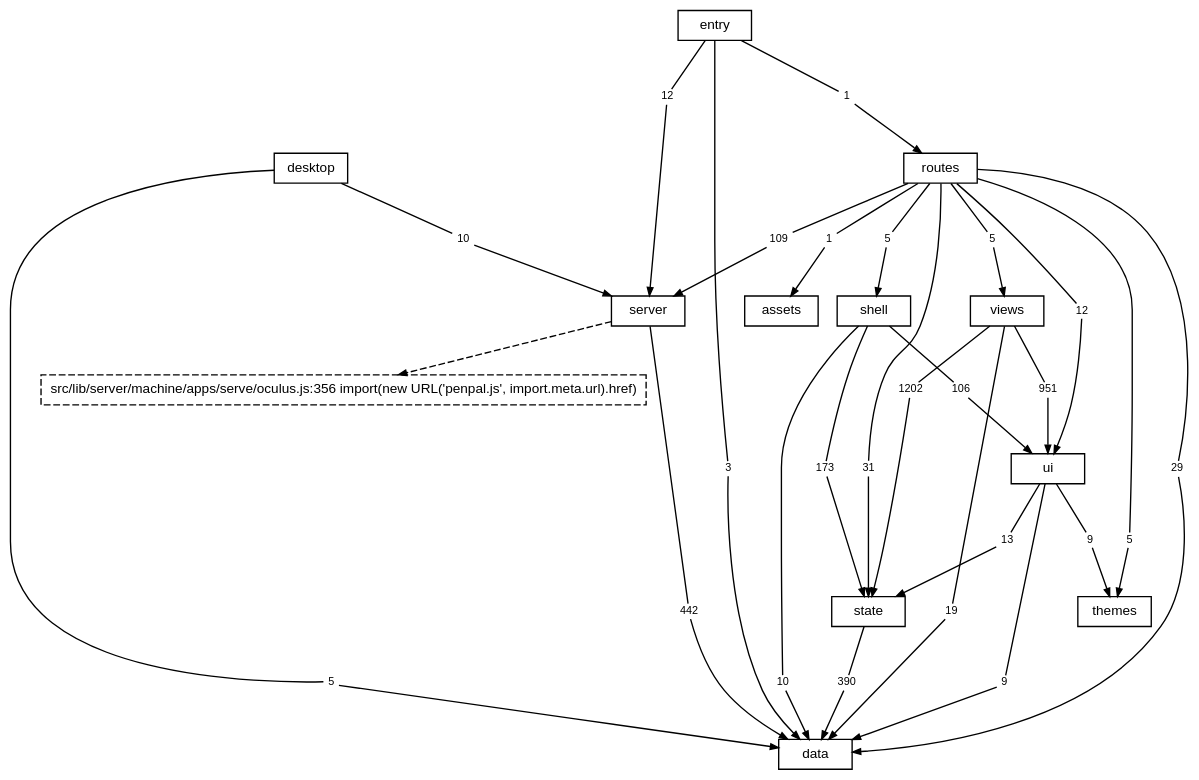
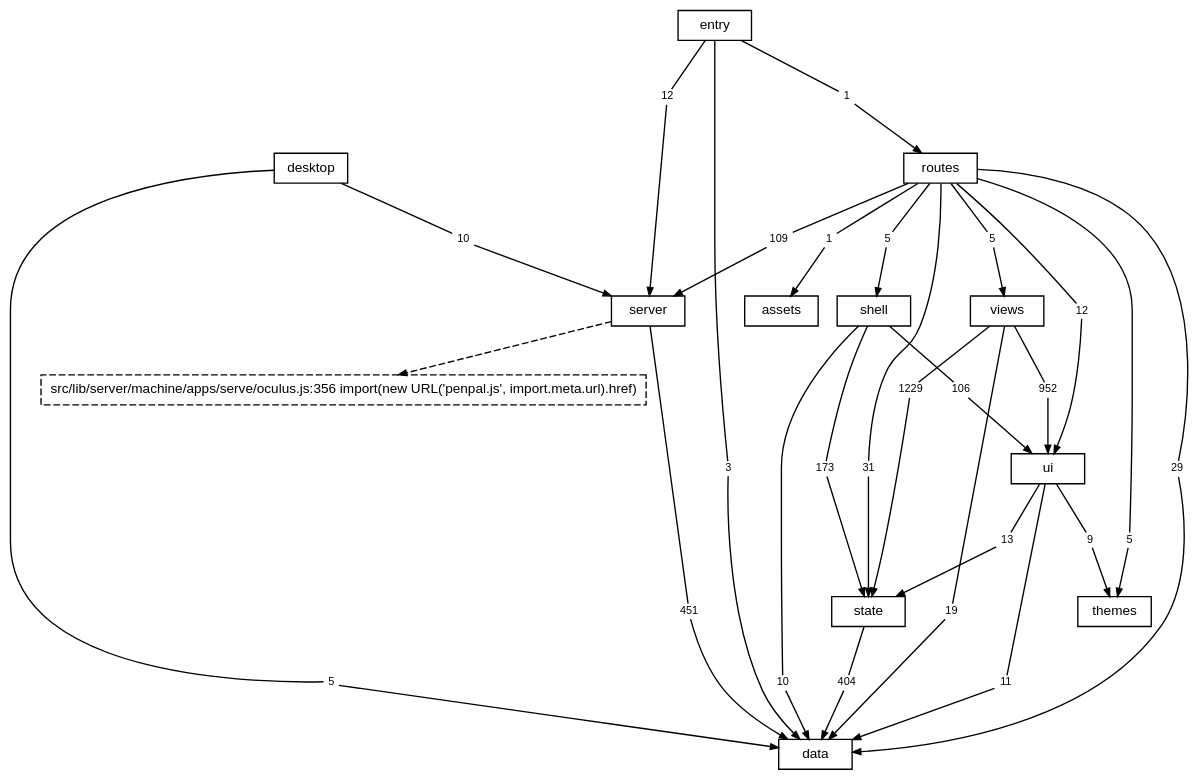
One commit to TheAxeC/oculus changed the diagram in docs/diagrams/layers.dot. Above: the diagram before and after it, drawn with Graphviz. The commit also changed 162 other files, not shown here.

```diff
--- a/docs/diagrams/layers.dot
+++ b/docs/diagrams/layers.dot
@@ -1,90 +1,90 @@
 digraph layers {
     graph [bgcolor="transparent", rankdir=TB, newrank=true, fontname="Helvetica,Arial,sans-serif", fontsize=12, nodesep=0.2, ranksep=0.5];
     node [shape=box, color="black", fontcolor="black", fontname="Helvetica,Arial,sans-serif", fontsize=10, height=0.3, margin="0.12,0.04"];
     edge [color="black", fontcolor="black", fontname="Helvetica,Arial,sans-serif", fontsize=8, arrowsize=0.6];
     "data";
     "server";
     "state";
     "ui";
     "shell";
     "views";
     "themes";
     "routes";
     "desktop";
     "src" [label="entry"];
     "files: assets" [label="assets"];
     "? src/lib/server/machine/apps/serve/oculus.js:356" [label="src/lib/server/machine/apps/serve/oculus.js:356 import(new URL('penpal.js', import.meta.url).href)", style=dashed];
     "desktop to data" [label="5", shape=box, color="transparent", fontsize=8, width=0, height=0, margin="0.04,0.02"];
     "desktop" -> "desktop to data" [arrowhead=none];
     "desktop to data" -> "data" [];
     "desktop to server" [label="10", shape=box, color="transparent", fontsize=8, width=0, height=0, margin="0.04,0.02"];
     "desktop" -> "desktop to server" [arrowhead=none];
     "desktop to server" -> "server" [];
     "routes to data" [label="29", shape=box, color="transparent", fontsize=8, width=0, height=0, margin="0.04,0.02"];
     "routes" -> "routes to data" [arrowhead=none];
     "routes to data" -> "data" [];
     "routes to files: assets" [label="1", shape=box, color="transparent", fontsize=8, width=0, height=0, margin="0.04,0.02"];
     "routes" -> "routes to files: assets" [arrowhead=none];
     "routes to files: assets" -> "files: assets" [];
     "routes to server" [label="109", shape=box, color="transparent", fontsize=8, width=0, height=0, margin="0.04,0.02"];
     "routes" -> "routes to server" [arrowhead=none];
     "routes to server" -> "server" [];
     "routes to shell" [label="5", shape=box, color="transparent", fontsize=8, width=0, height=0, margin="0.04,0.02"];
     "routes" -> "routes to shell" [arrowhead=none];
     "routes to shell" -> "shell" [];
     "routes to state" [label="31", shape=box, color="transparent", fontsize=8, width=0, height=0, margin="0.04,0.02"];
     "routes" -> "routes to state" [arrowhead=none];
     "routes to state" -> "state" [];
     "routes to themes" [label="5", shape=box, color="transparent", fontsize=8, width=0, height=0, margin="0.04,0.02"];
     "routes" -> "routes to themes" [arrowhead=none];
     "routes to themes" -> "themes" [];
     "routes to ui" [label="12", shape=box, color="transparent", fontsize=8, width=0, height=0, margin="0.04,0.02"];
     "routes" -> "routes to ui" [arrowhead=none];
     "routes to ui" -> "ui" [];
     "routes to views" [label="5", shape=box, color="transparent", fontsize=8, width=0, height=0, margin="0.04,0.02"];
     "routes" -> "routes to views" [arrowhead=none];
     "routes to views" -> "views" [];
-    "server to data" [label="442", shape=box, color="transparent", fontsize=8, width=0, height=0, margin="0.04,0.02"];
+    "server to data" [label="451", shape=box, color="transparent", fontsize=8, width=0, height=0, margin="0.04,0.02"];
     "server" -> "server to data" [arrowhead=none];
     "server to data" -> "data" [];
     "shell to data" [label="10", shape=box, color="transparent", fontsize=8, width=0, height=0, margin="0.04,0.02"];
     "shell" -> "shell to data" [arrowhead=none];
     "shell to data" -> "data" [];
     "shell to state" [label="173", shape=box, color="transparent", fontsize=8, width=0, height=0, margin="0.04,0.02"];
     "shell" -> "shell to state" [arrowhead=none];
     "shell to state" -> "state" [];
     "shell to ui" [label="106", shape=box, color="transparent", fontsize=8, width=0, height=0, margin="0.04,0.02"];
     "shell" -> "shell to ui" [arrowhead=none];
     "shell to ui" -> "ui" [];
     "src to data" [label="3", shape=box, color="transparent", fontsize=8, width=0, height=0, margin="0.04,0.02"];
     "src" -> "src to data" [arrowhead=none];
     "src to data" -> "data" [];
     "src to routes" [label="1", shape=box, color="transparent", fontsize=8, width=0, height=0, margin="0.04,0.02"];
     "src" -> "src to routes" [arrowhead=none];
     "src to routes" -> "routes" [];
     "src to server" [label="12", shape=box, color="transparent", fontsize=8, width=0, height=0, margin="0.04,0.02"];
     "src" -> "src to server" [arrowhead=none];
     "src to server" -> "server" [];
-    "state to data" [label="390", shape=box, color="transparent", fontsize=8, width=0, height=0, margin="0.04,0.02"];
+    "state to data" [label="404", shape=box, color="transparent", fontsize=8, width=0, height=0, margin="0.04,0.02"];
     "state" -> "state to data" [arrowhead=none];
     "state to data" -> "data" [];
-    "ui to data" [label="9", shape=box, color="transparent", fontsize=8, width=0, height=0, margin="0.04,0.02"];
+    "ui to data" [label="11", shape=box, color="transparent", fontsize=8, width=0, height=0, margin="0.04,0.02"];
     "ui" -> "ui to data" [arrowhead=none];
     "ui to data" -> "data" [];
     "ui to state" [label="13", shape=box, color="transparent", fontsize=8, width=0, height=0, margin="0.04,0.02"];
     "ui" -> "ui to state" [arrowhead=none];
     "ui to state" -> "state" [];
     "ui to themes" [label="9", shape=box, color="transparent", fontsize=8, width=0, height=0, margin="0.04,0.02"];
     "ui" -> "ui to themes" [arrowhead=none];
     "ui to themes" -> "themes" [];
     "views to data" [label="19", shape=box, color="transparent", fontsize=8, width=0, height=0, margin="0.04,0.02"];
     "views" -> "views to data" [arrowhead=none];
     "views to data" -> "data" [];
-    "views to state" [label="1202", shape=box, color="transparent", fontsize=8, width=0, height=0, margin="0.04,0.02"];
+    "views to state" [label="1229", shape=box, color="transparent", fontsize=8, width=0, height=0, margin="0.04,0.02"];
     "views" -> "views to state" [arrowhead=none];
     "views to state" -> "state" [];
-    "views to ui" [label="951", shape=box, color="transparent", fontsize=8, width=0, height=0, margin="0.04,0.02"];
+    "views to ui" [label="952", shape=box, color="transparent", fontsize=8, width=0, height=0, margin="0.04,0.02"];
     "views" -> "views to ui" [arrowhead=none];
     "views to ui" -> "ui" [];
     "server" -> "? src/lib/server/machine/apps/serve/oculus.js:356" [style=dashed];
 }
```
